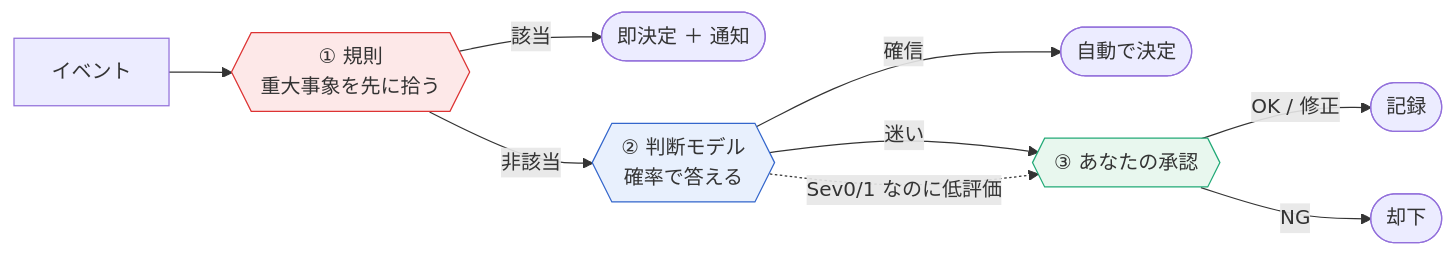
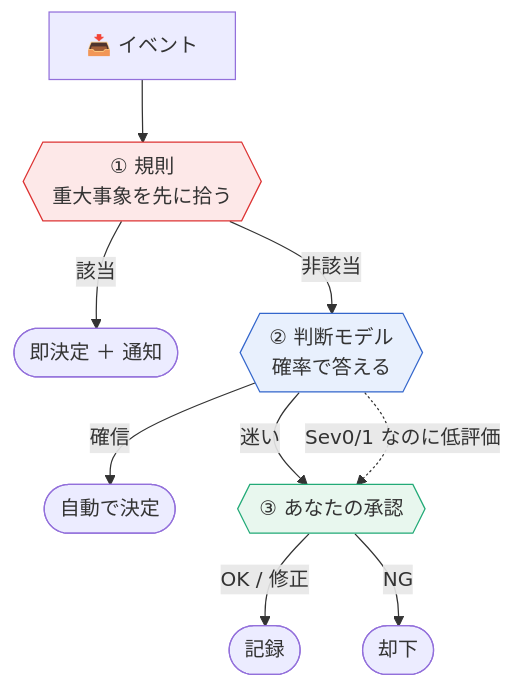
Before and after one commit to awano27/pm-decision: the second of 6 diagrams in README.md, drawn with Mermaid. The commit also changed other lines of this file, not shown here.

Commit message:
README: redraw main flow diagram with grouped stages

````diff
--- a/README.md
+++ b/README.md
@@ -64,14 +94,14 @@
 ```mermaid
-flowchart LR
-    A[イベント] --> B{{"① 規則<br/>重大事象を先に拾う"}}
+flowchart TB
+    A[📥 イベント] --> B{{"① 規則<br/>重大事象を先に拾う"}}
     B -- 該当 --> X([即決定 ＋ 通知])
     B -- 非該当 --> C{{"② 判断モデル<br/>確率で答える"}}
     C -- 確信 --> Y([自動で決定])
     C -- 迷い --> Z{{"③ あなたの承認"}}
     C -. "Sev0/1 なのに低評価" .-> Z
     Z -- "OK / 修正" --> R([記録])
     Z -- NG --> N([却下])
     style B fill:#fde8e8,stroke:#d33
     style C fill:#e8f0fd,stroke:#36c
     style Z fill:#e8f7ee,stroke:#2a7
 ```
````
